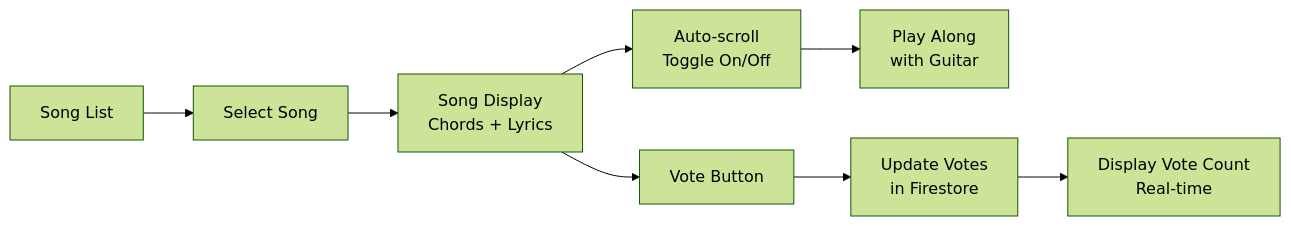
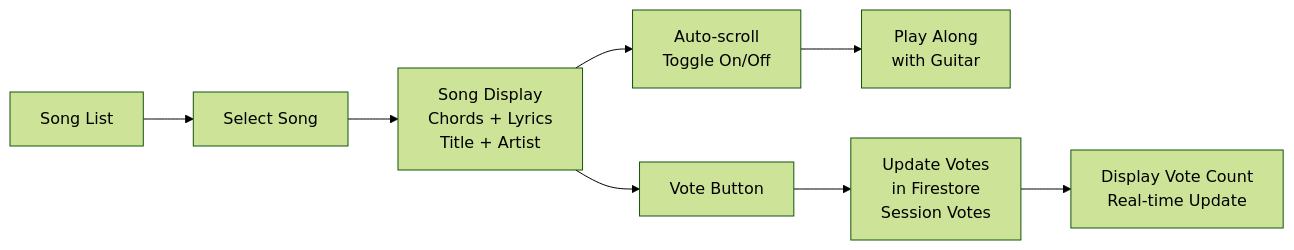
The fourth of 5 diagrams in docs/user-flows.md (fMuchka/my-pisnicka2.0), drawn with Mermaid (forest theme) before and after one commit. The commit also changed other lines of this file and 4 other files, not shown here.

````diff
--- a/docs/user-flows.md
+++ b/docs/user-flows.md
@@ -40,10 +72,10 @@
 ```mermaid
 flowchart LR
   SL[Song List] --> SS[Select Song]
-  SS --> SD[Song Display<br/>Chords + Lyrics]
+  SS --> SD[Song Display<br/>Chords + Lyrics<br/>Title + Artist]
   SD --> AS[Auto-scroll<br/>Toggle On/Off]
   AS --> PLAY[Play Along<br/>with Guitar]
   SD --> VOTE[Vote Button]
-  VOTE --> VU[Update Votes<br/>in Firestore]
-  VU --> VD[Display Vote Count<br/>Real-time]
+  VOTE --> VU[Update Votes<br/>in Firestore<br/>Session Votes]
+  VU --> VD[Display Vote Count<br/>Real-time Update]
 ```
````
